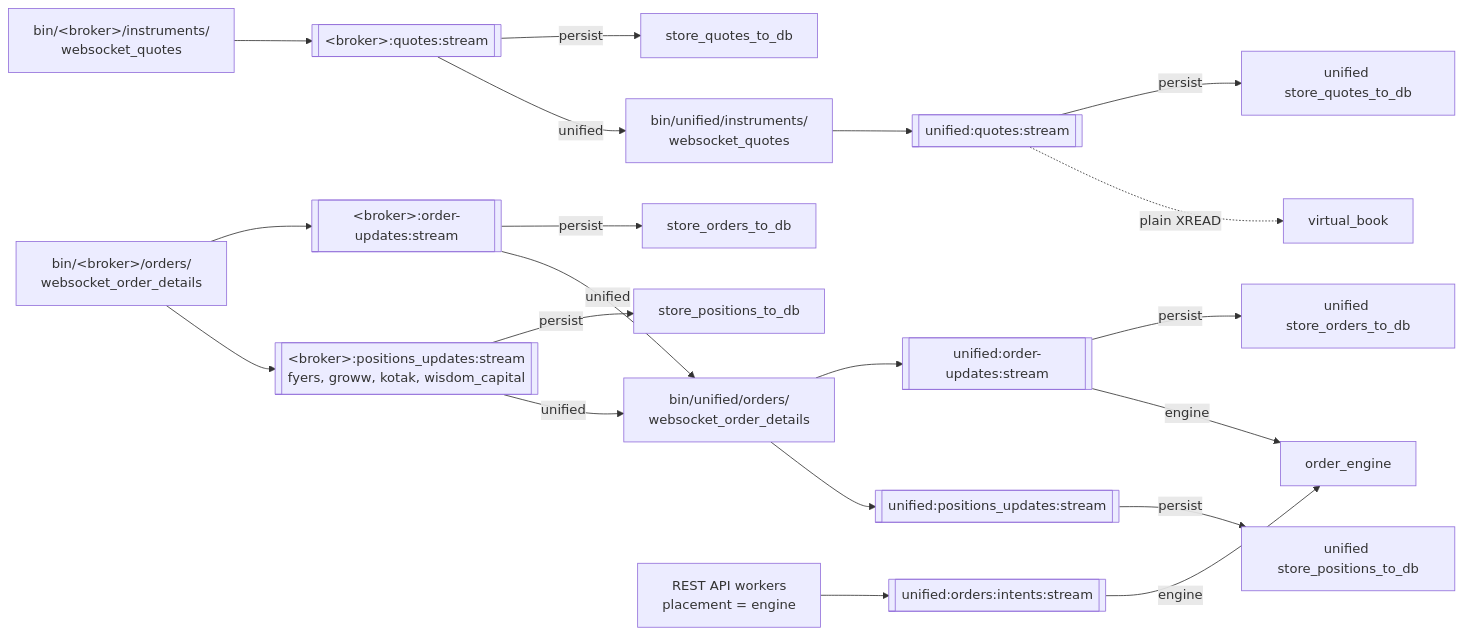
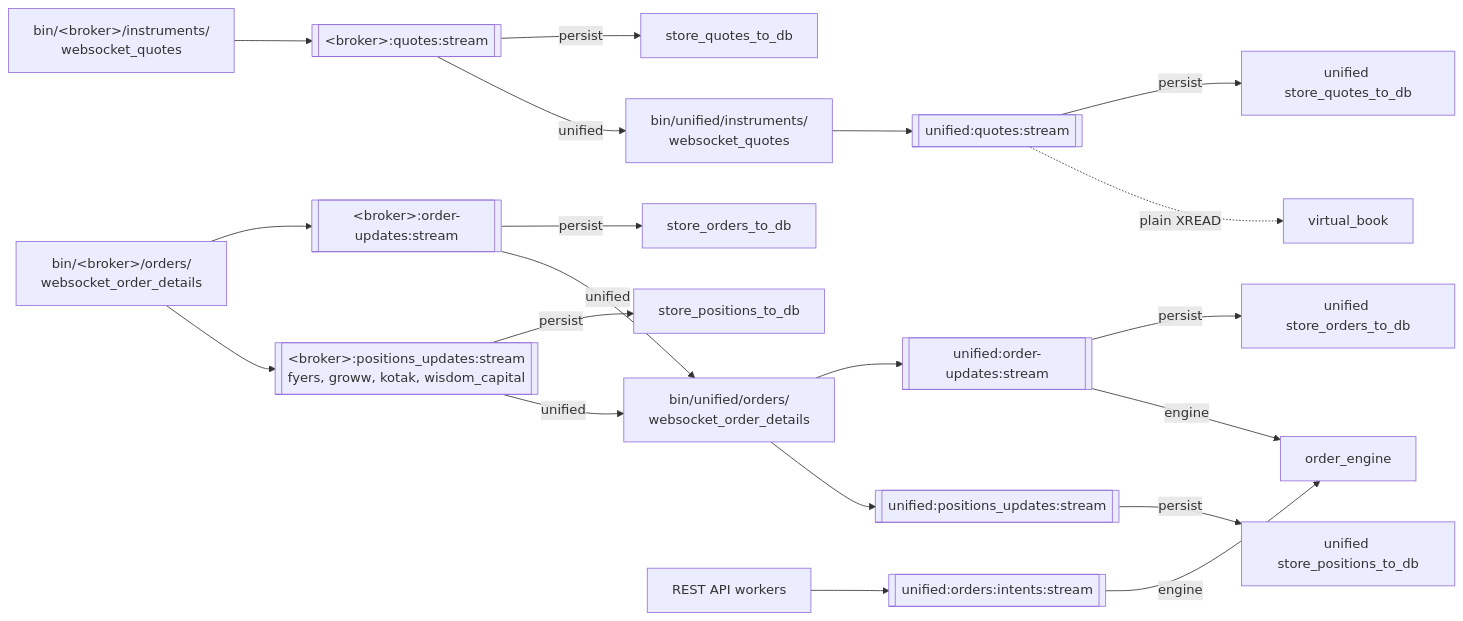
One commit to pramodathani/unified_broker_interface changed the first of 2 diagrams in docs/architecture/redis-keys.md. Above: the diagram before and after it, drawn with Mermaid. The commit also changed other lines of this file and 28 other files, not shown here.

````diff
--- a/docs/architecture/redis-keys.md
+++ b/docs/architecture/redis-keys.md
@@ -22,22 +22,22 @@
 ```mermaid
 flowchart LR
     BQ["bin/&lt;broker&gt;/instruments/<br/>websocket_quotes"] --> QS[["&lt;broker&gt;:quotes:stream"]]
     BO["bin/&lt;broker&gt;/orders/<br/>websocket_order_details"] --> OS[["&lt;broker&gt;:order-updates:stream"]]
     BO --> PS[["&lt;broker&gt;:positions_updates:stream<br/>fyers, groww, kotak, wisdom_capital"]]
     QS -->|persist| BQP["store_quotes_to_db"]
     OS -->|persist| BOP["store_orders_to_db"]
     PS -->|persist| BPP["store_positions_to_db"]
     QS -->|unified| UQ["bin/unified/instruments/<br/>websocket_quotes"]
     OS -->|unified| UO["bin/unified/orders/<br/>websocket_order_details"]
     PS -->|unified| UO
     UQ --> UQS[["unified:quotes:stream"]]
     UO --> UOS[["unified:order-updates:stream"]]
     UO --> UPS[["unified:positions_updates:stream"]]
     UQS -->|persist| UQP["unified store_quotes_to_db"]
     UQS -.->|plain XREAD| VB["virtual_book"]
     UOS -->|persist| UOP["unified store_orders_to_db"]
     UOS -->|engine| OE["order_engine"]
     UPS -->|persist| UPP["unified store_positions_to_db"]
-    API["REST API workers<br/>placement = engine"] --> IS[["unified:orders:intents:stream"]]
+    API["REST API workers"] --> IS[["unified:orders:intents:stream"]]
     IS -->|engine| OE
 ```
````
